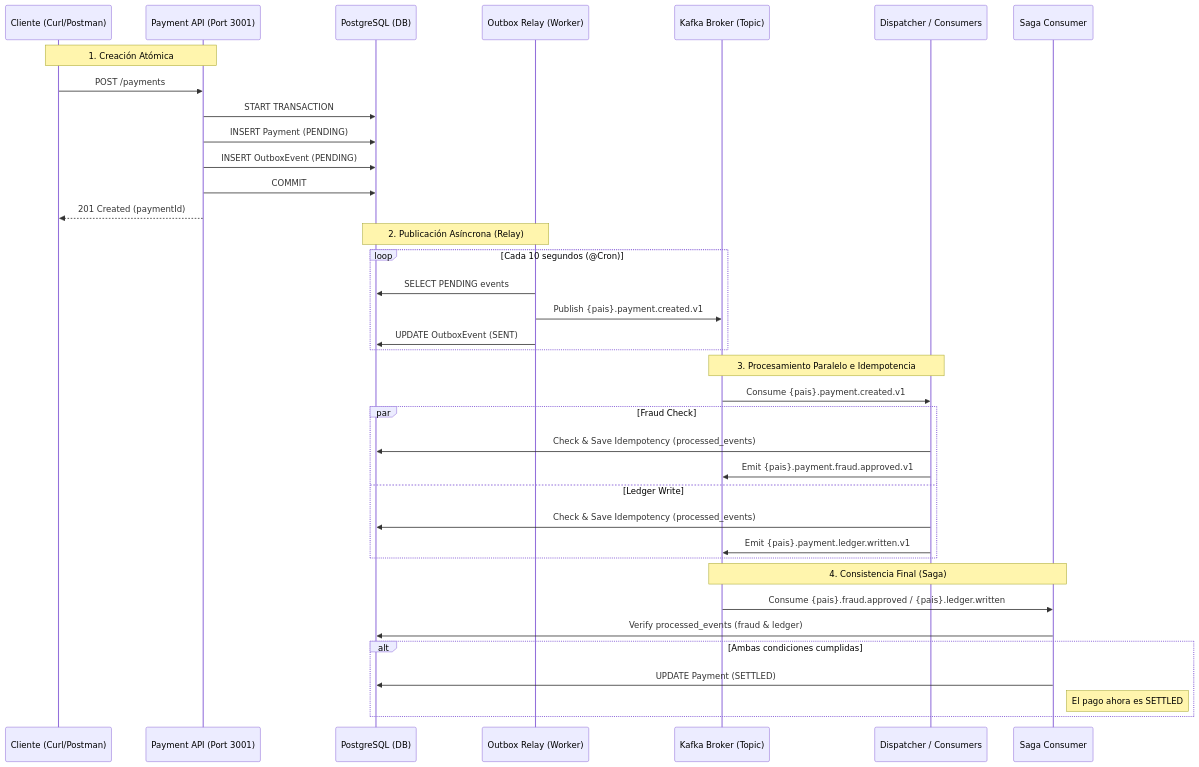
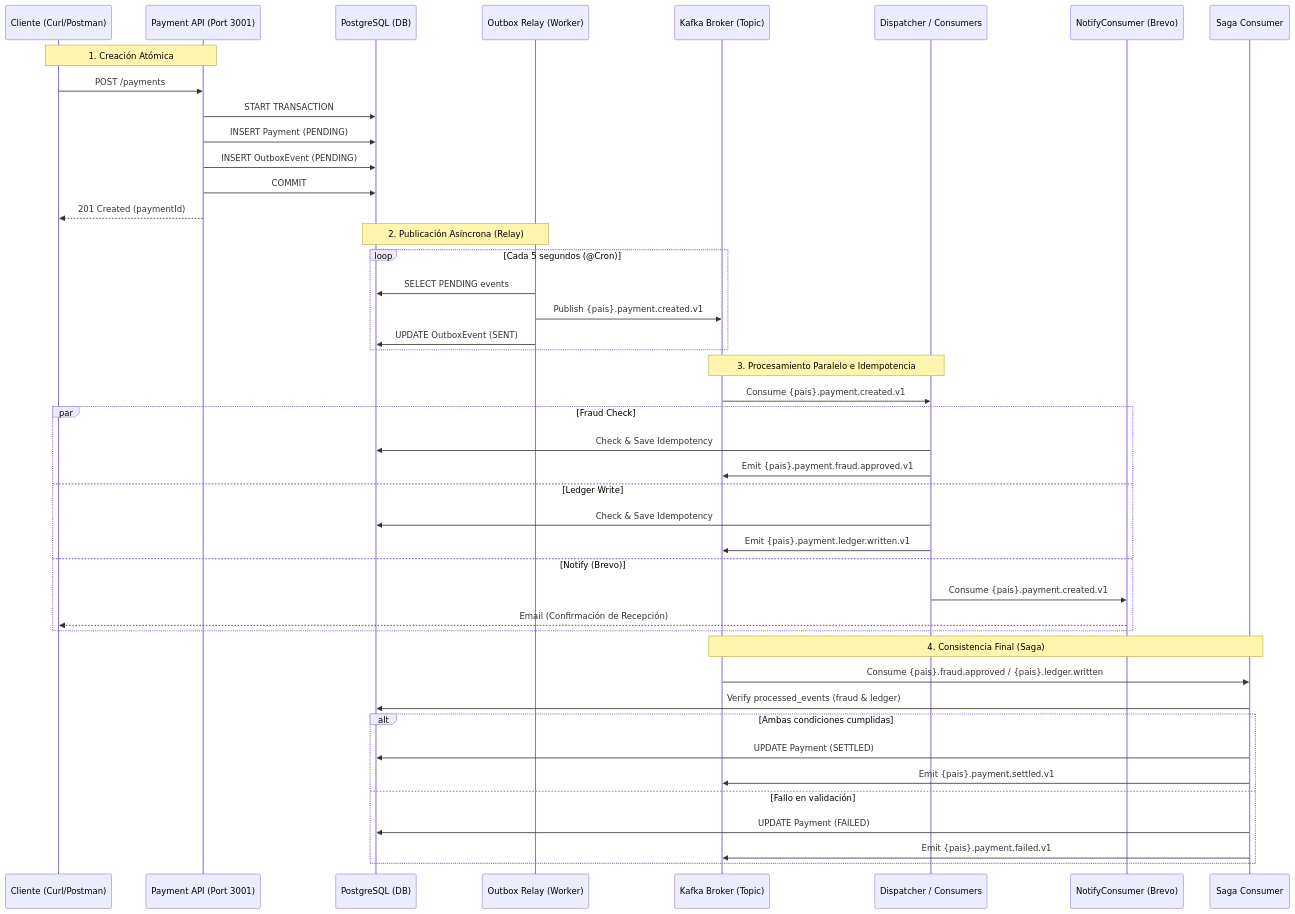
One commit to yaperos/code-challenge-tl changed the diagram in challenge-1/README.md. Above: the diagram before and after it, drawn with Mermaid. The commit also changed other lines of this file and 12 other files, not shown here.

Commit message:
Refactor: Move Brevo API Key to environment and cleanup architecture (Clean)

````diff
--- a/challenge-1/README.md
+++ b/challenge-1/README.md
@@ -11,43 +11,50 @@
 ```mermaid
 sequenceDiagram
     participant C as Cliente (Curl/Postman)
     participant API as Payment API (Port 3001)
     participant DB as PostgreSQL (DB)
     participant R as Outbox Relay (Worker)
     participant K as Kafka Broker (Topic)
     participant D as Dispatcher / Consumers
+    participant N as NotifyConsumer (Brevo)
     participant S as Saga Consumer
 
     Note over C,API: 1. Creación Atómica
     C->>API: POST /payments
     API->>DB: START TRANSACTION
     API->>DB: INSERT Payment (PENDING)
     API->>DB: INSERT OutboxEvent (PENDING)
     API->>DB: COMMIT
     API-->>C: 201 Created (paymentId)
 
     Note over R,DB: 2. Publicación Asíncrona (Relay)
-    loop Cada 10 segundos (@Cron)
+    loop Cada 5 segundos (@Cron)
         R->>DB: SELECT PENDING events
         R->>K: Publish {pais}.payment.created.v1
         R->>DB: UPDATE OutboxEvent (SENT)
     end
 
     Note over K,D: 3. Procesamiento Paralelo e Idempotencia
     K->>D: Consume {pais}.payment.created.v1
     par Fraud Check
-        D->>DB: Check & Save Idempotency (processed_events)
+        D->>DB: Check & Save Idempotency
         D->>K: Emit {pais}.payment.fraud.approved.v1
     and Ledger Write
-        D->>DB: Check & Save Idempotency (processed_events)
+        D->>DB: Check & Save Idempotency
         D->>K: Emit {pais}.payment.ledger.written.v1
+    and Notify (Brevo)
+        D->>N: Consume {pais}.payment.created.v1
+        N-->>C: Email (Confirmación de Recepción)
     end
 
     Note over K,S: 4. Consistencia Final (Saga)
     K->>S: Consume {pais}.fraud.approved / {pais}.ledger.written
     S->>DB: Verify processed_events (fraud & ledger)
     alt Ambas condiciones cumplidas
         S->>DB: UPDATE Payment (SETTLED)
-        Note right of S: El pago ahora es SETTLED
+        S->>K: Emit {pais}.payment.settled.v1
+    else Fallo en validación
+        S->>DB: UPDATE Payment (FAILED)
+        S->>K: Emit {pais}.payment.failed.v1
     end
 ```
````
